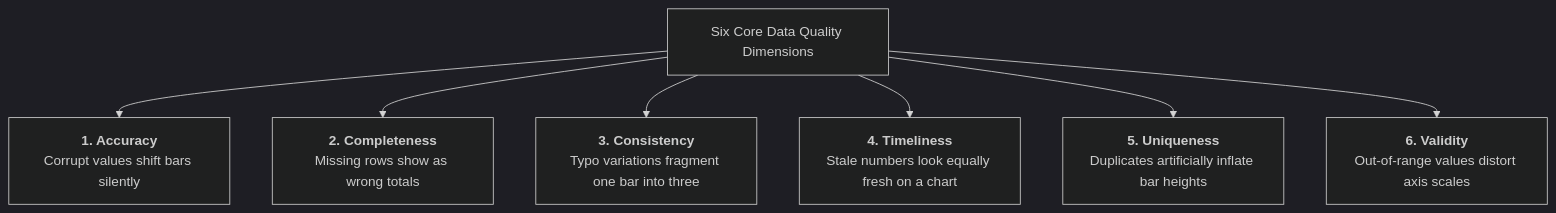
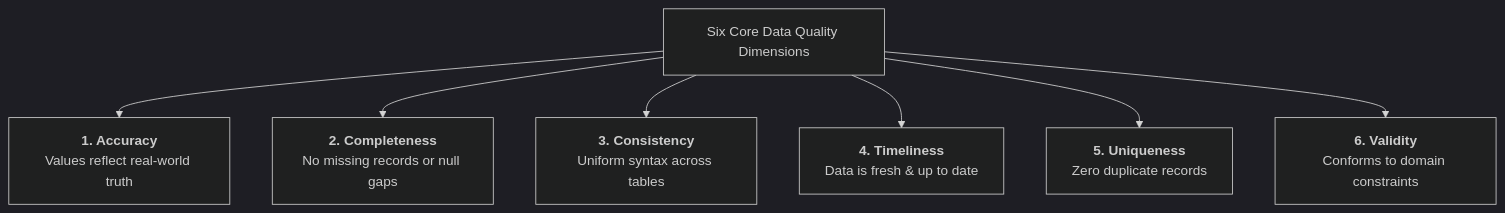
Before and after one commit to DeepLumiere/DeepSkills: the seventh of 8 diagrams in notes/data_analysis/Chapter9_Features_of_Business_Data.md, drawn with Mermaid (dark theme). The commit also changed other lines of this file and 8 other files, not shown here.

````diff
--- a/notes/data_analysis/Chapter9_Features_of_Business_Data.md
+++ b/notes/data_analysis/Chapter9_Features_of_Business_Data.md
@@ -282,10 +218,10 @@
 ```mermaid
 flowchart TD
     DQ["Six Core Data Quality Dimensions"]
-    DQ --> Q1["<b>1. Accuracy</b><br/>Corrupt values shift bars silently"]
-    DQ --> Q2["<b>2. Completeness</b><br/>Missing rows show as wrong totals"]
-    DQ --> Q3["<b>3. Consistency</b><br/>Typo variations fragment one bar into three"]
-    DQ --> Q4["<b>4. Timeliness</b><br/>Stale numbers look equally fresh on a chart"]
-    DQ --> Q5["<b>5. Uniqueness</b><br/>Duplicates artificially inflate bar heights"]
-    DQ --> Q6["<b>6. Validity</b><br/>Out-of-range values distort axis scales"]
+    DQ --> Q1["<b>1. Accuracy</b><br/>Values reflect real-world truth"]
+    DQ --> Q2["<b>2. Completeness</b><br/>No missing records or null gaps"]
+    DQ --> Q3["<b>3. Consistency</b><br/>Uniform syntax across tables"]
+    DQ --> Q4["<b>4. Timeliness</b><br/>Data is fresh & up to date"]
+    DQ --> Q5["<b>5. Uniqueness</b><br/>Zero duplicate records"]
+    DQ --> Q6["<b>6. Validity</b><br/>Conforms to domain constraints"]
 ```
````
